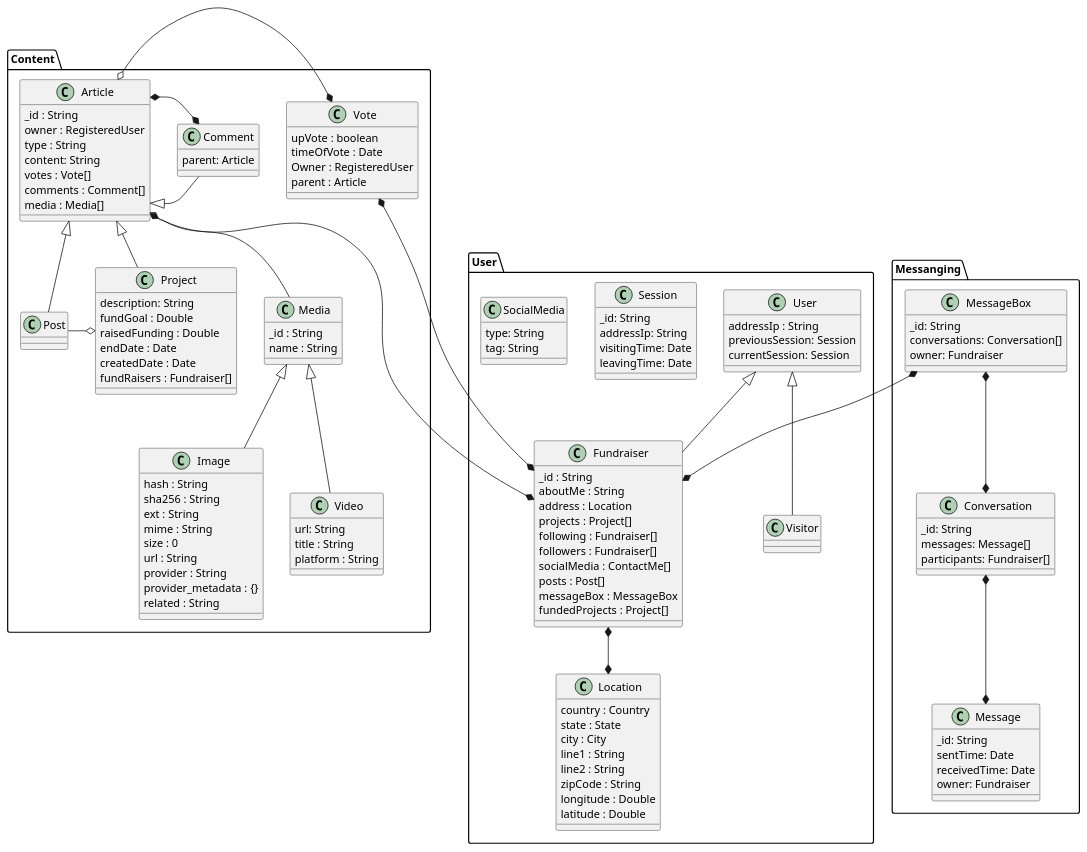
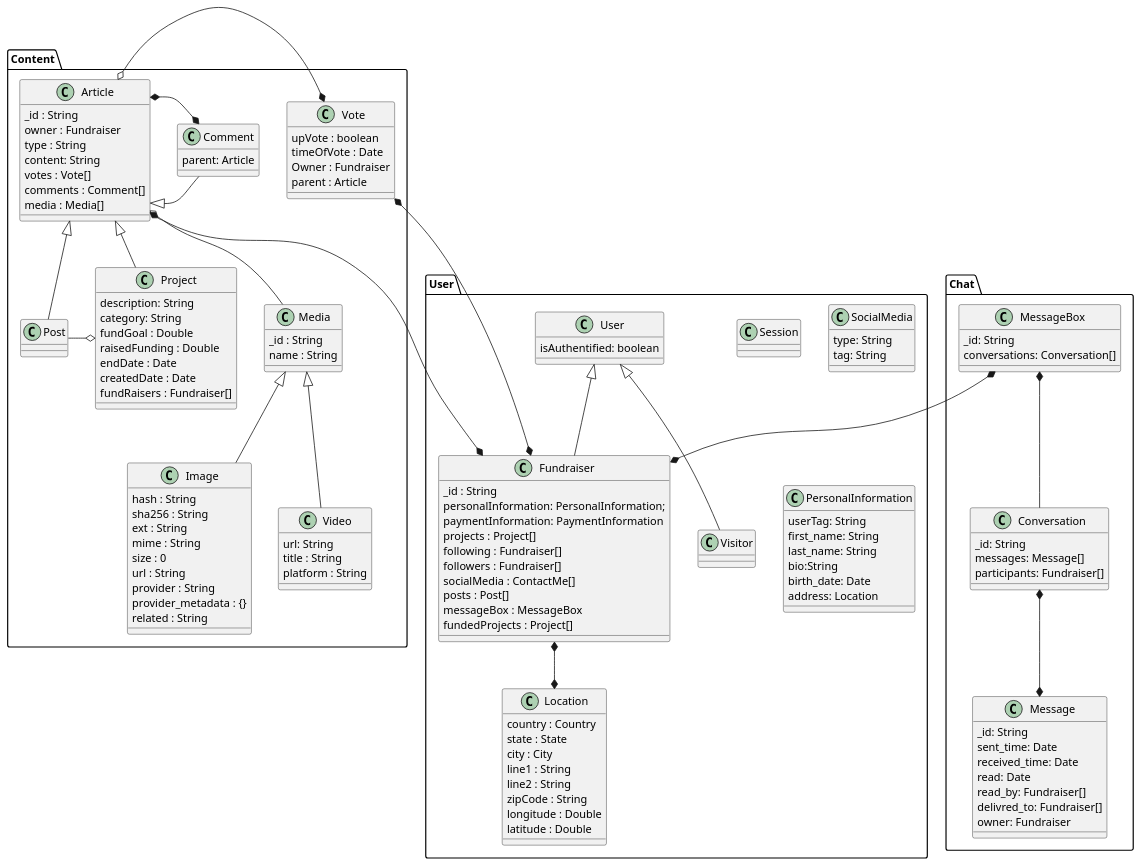
One commit to mlnomadpy/Sahem changed the diagram in Conception/Diagrams/plantUml/Class Diagrams/User.puml. Above: the diagram before and after it, drawn with PlantUML. The commit also changed 92 other files, not shown here.

```diff
--- a/Conception/Diagrams/plantUml/Class Diagrams/User.puml
+++ b/Conception/Diagrams/plantUml/Class Diagrams/User.puml
@@ -1,144 +1,155 @@
 @startuml User
 
 
 package Content{
     class Post extends Article{
     }
     class Vote{
         upVote : boolean
         timeOfVote : Date
-        Owner : RegisteredUser
+        Owner : Fundraiser
         parent : Article
     }
     class Project extends Article{
         description: String
+        category: String
         fundGoal : Double
         raisedFunding : Double
         endDate : Date
         createdDate : Date
         fundRaisers : Fundraiser[]
     }
 
     class Comment extends Article{
         parent: Article
     }
     class Article{
         _id : String
-        owner : RegisteredUser
+        owner : Fundraiser
         type : String
         content: String
         votes : Vote[]
         comments : Comment[]
         media : Media[]
     }
     class Media{
         _id : String
         name : String
 
 
     }
     class Image extends Media{
         hash : String
         sha256 : String
         ext : String
         mime : String
         size : 0
         url : String
         provider : String
         provider_metadata : {}
         related : String
 
     }
     class Video extends Media{
         url: String
         title : String
         platform : String
     }
     Article o-* Vote
     Article *-right-* Comment
     Project o-left- Post
     Article o-- Media
 
 }
-package Messanging {
+package Chat {
 
     class MessageBox{
         _id: String
         conversations: Conversation[]
-        owner: Fundraiser
     }
     class Conversation{
         _id: String
         messages: Message[]
         participants: Fundraiser[]
     }
     class Message{
-        _id: String 
-        sentTime: Date 
-        receivedTime: Date 
+        _id: String
+        sent_time: Date
+        received_time: Date
+        read: Date
+        read_by: Fundraiser[]
+        delivred_to: Fundraiser[]
         owner: Fundraiser
     }
 
 
 }
 
 package User{
 
     class User {
-        addressIp : String
-        previousSession: Session
-        currentSession: Session
+        isAuthentified: boolean
     }
 
     class Session{
-        _id: String
-        addressIp: String
-        visitingTime: Date
-        leavingTime: Date
+        ' _id: String
+        ' address_ip: String
+        ' visiting_time: Date
+        ' leaving_time: Date
     }
 
     class Fundraiser extends User{
         _id : String
-        aboutMe : String
-        address : Location
+        personalInformation: PersonalInformation;
+        paymentInformation: PaymentInformation
         projects : Project[]
         following : Fundraiser[]
         followers : Fundraiser[]
         socialMedia : ContactMe[]
         posts : Post[]
         messageBox : MessageBox
         fundedProjects : Project[]
 
     }
     class Visitor extends User{
+
     }
     class Location{
         country : Country
         state : State
         city : City
         line1 : String
         line2 : String
         zipCode : String
         longitude : Double
         latitude : Double
     }
     class SocialMedia{
         type: String
         tag: String
     }
+    class PersonalInformation{
+        userTag: String
+        first_name: String
+        last_name: String
+        bio:String
+        birth_date: Date
+        address: Location
+
+    }
 }
 
 
 
 MessageBox  *--*  Fundraiser
 
 Article  *--*  Fundraiser
 
 Fundraiser *--* Location
 Vote  *---*  Fundraiser
 
-MessageBox  *-down-*  Conversation
+MessageBox  *-down-  Conversation
 Message  *-up-*  Conversation
 
 
 @enduml
```
